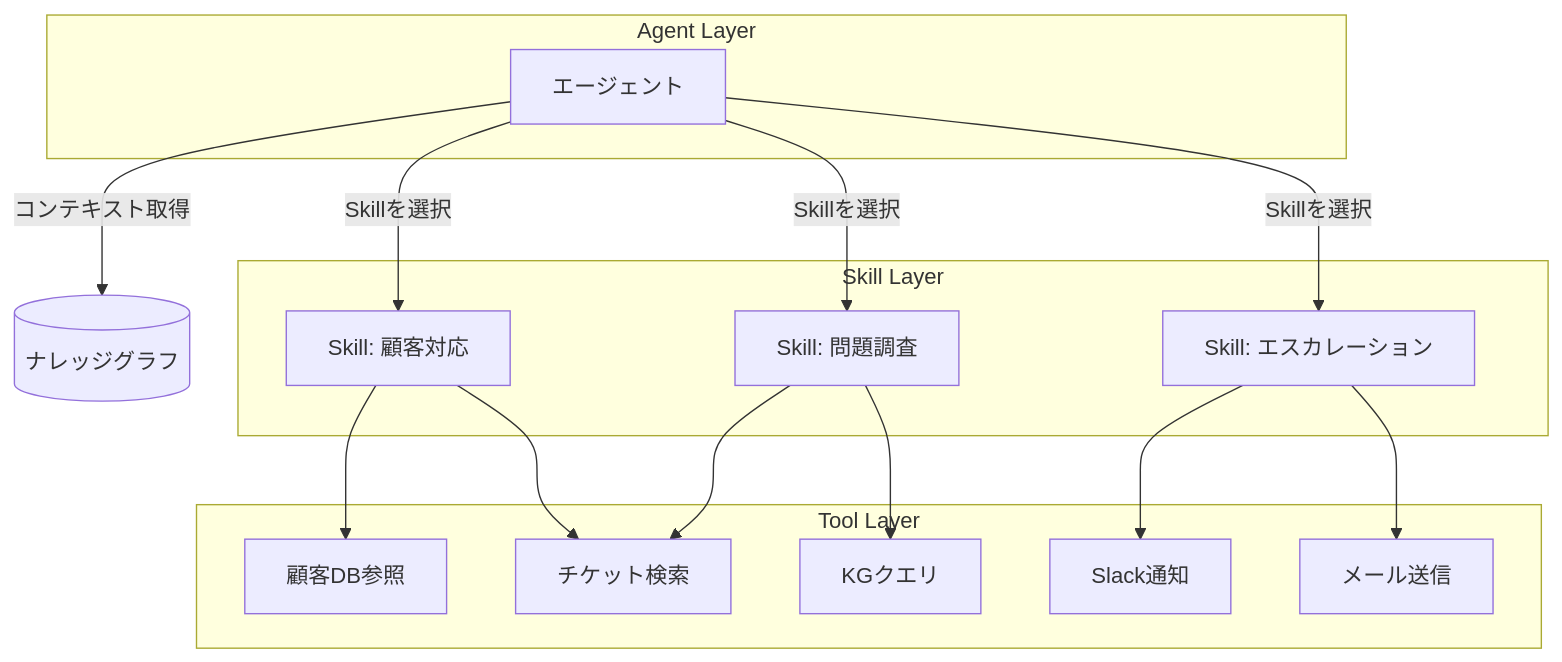
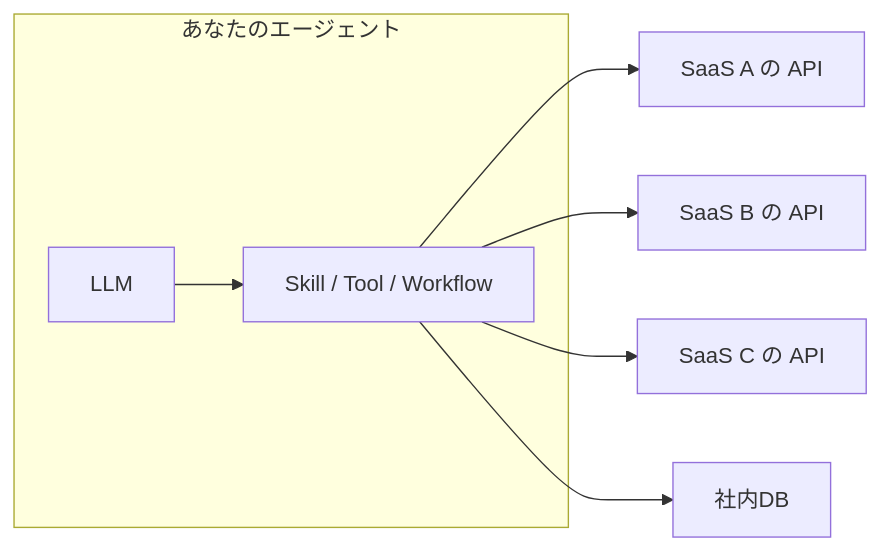
Before and after one commit to DevRev-JP/tech-blog: the first of 3 diagrams in articles/kg-agent-skill-layer.md, drawn with Mermaid. The commit also changed other lines of this file and 3 other files, not shown here.

Commit message:
Update kg-agent-skill-layer: 記事内容刷新・シリーズ表のテーマ統一

````diff
--- a/articles/kg-agent-skill-layer.md
+++ b/articles/kg-agent-skill-layer.md
@@ -59,33 +35,10 @@
 ```mermaid
-graph TD
-    subgraph Agent Layer
-        A[エージェント]
+graph LR
+    subgraph "あなたのエージェント"
+        A[LLM] --> S[Skill / Tool / Workflow]
     end
-
-    subgraph Skill Layer
-        S1[Skill: 顧客対応]
-        S2[Skill: 問題調査]
-        S3[Skill: エスカレーション]
-    end
-
-    subgraph Tool Layer
-        T1[顧客DB参照]
-        T2[チケット検索]
-        T3[Slack通知]
-        T4[メール送信]
-        T5[KGクエリ]
-    end
-
-    KG[(ナレッジグラフ)]
-
-    A -->|コンテキスト取得| KG
-    A -->|Skillを選択| S1
-    A -->|Skillを選択| S2
-    A -->|Skillを選択| S3
-    S1 --> T1
-    S1 --> T2
-    S2 --> T2
-    S2 --> T5
-    S3 --> T3
-    S3 --> T4
+    S --> API1[SaaS A の API]
+    S --> API2[SaaS B の API]
+    S --> API3[SaaS C の API]
+    S --> API4[社内DB]
 ```
````
